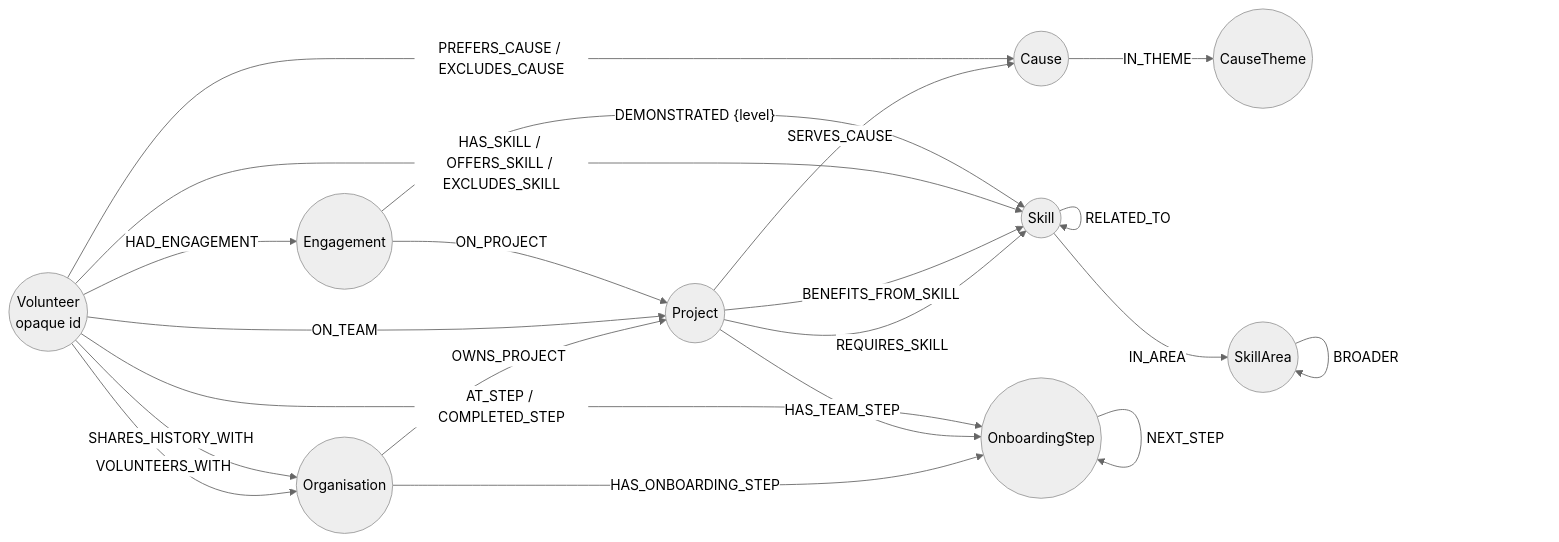
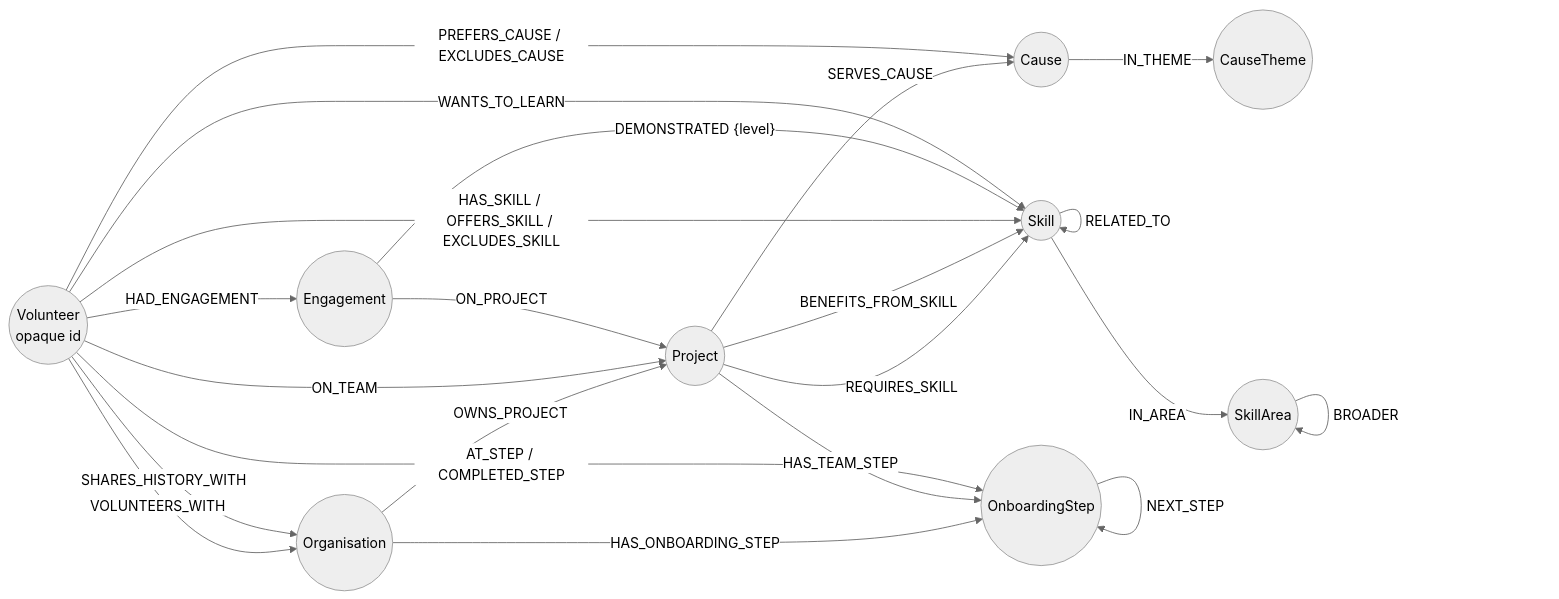
Before and after one commit to TheCyberScallywag/hackEntry: the second of 3 diagrams in docs/content/project/relate.md, drawn with Mermaid (neutral theme). The commit also changed other lines of this file and 23 other files, not shown here.

First line of the commit message:
ADDED: learning goals on the profile and in the graph

````diff
--- a/docs/content/project/relate.md
+++ b/docs/content/project/relate.md
@@ -92,23 +92,24 @@
 ```mermaid
 flowchart LR
   O((Organisation)) -- OWNS_PROJECT --> P((Project))
   P -- SERVES_CAUSE --> C((Cause))
   C -- IN_THEME --> CT((CauseTheme))
   S -- IN_AREA --> SA((SkillArea))
   SA -- BROADER --> SA
   S -- RELATED_TO --> S
   P -- REQUIRES_SKILL --> S((Skill))
   P -- BENEFITS_FROM_SKILL --> S
   V((Volunteer<br/>opaque id)) -- "VOLUNTEERS_WITH" --> O
   V -- "HAS_SKILL / OFFERS_SKILL / EXCLUDES_SKILL" --> S
   V -- "PREFERS_CAUSE / EXCLUDES_CAUSE" --> C
   V -- "ON_TEAM" --> P
   V -- HAD_ENGAGEMENT --> E((Engagement))
   E -- ON_PROJECT --> P
   E -- "DEMONSTRATED {level}" --> S
   V -- SHARES_HISTORY_WITH --> O
+  V -- WANTS_TO_LEARN --> S
   O -- HAS_ONBOARDING_STEP --> T((OnboardingStep))
   P -- HAS_TEAM_STEP --> T
   T -- NEXT_STEP --> T
   V -- "AT_STEP / COMPLETED_STEP" --> T
 ```
````
